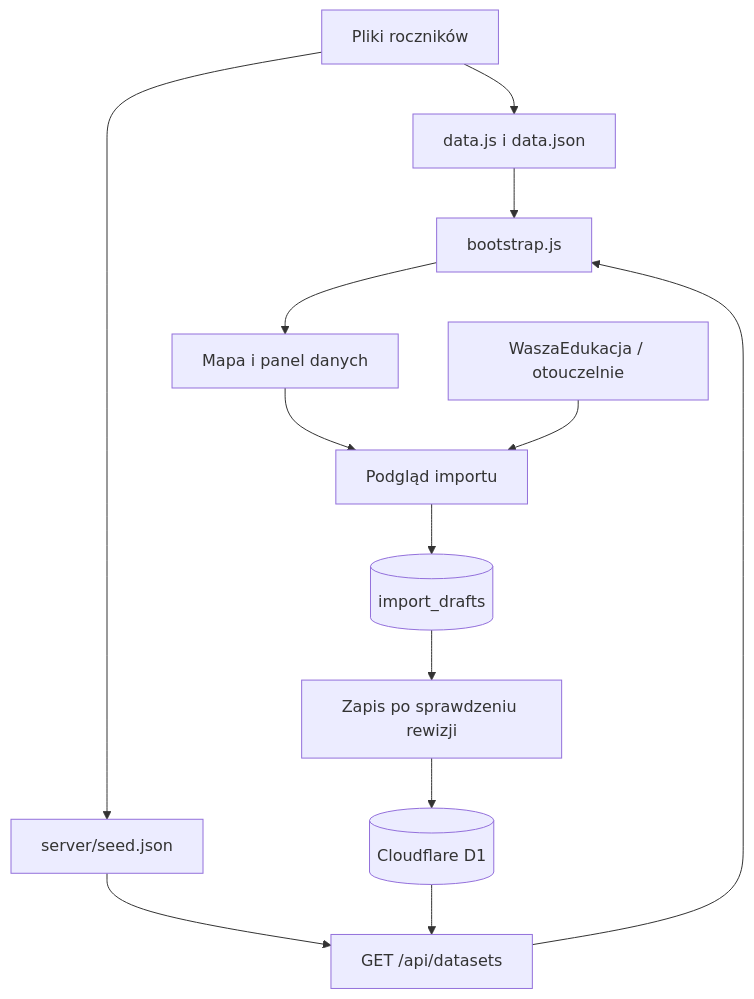
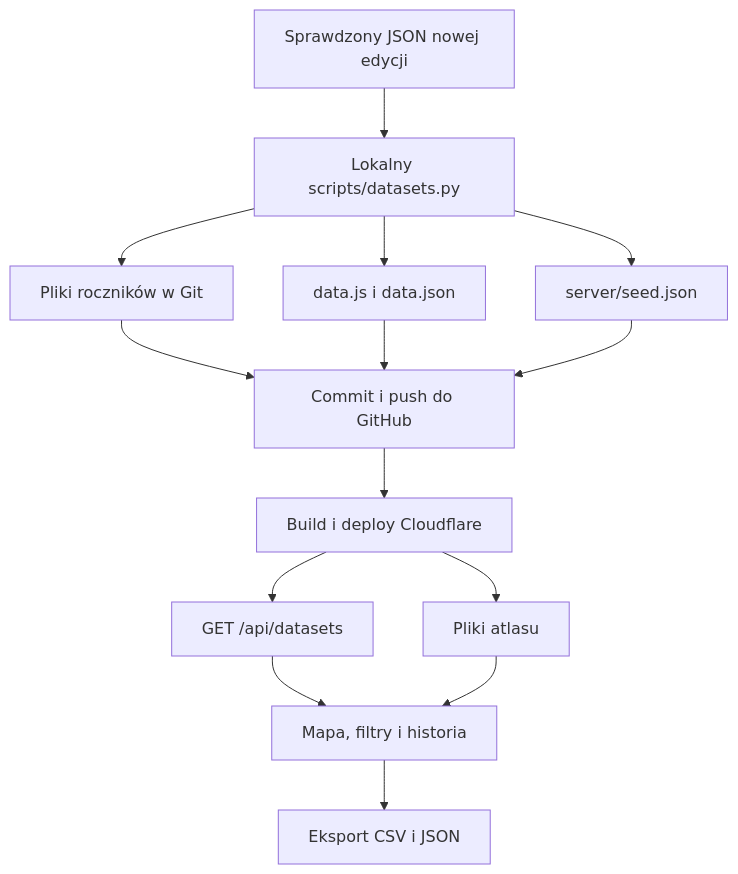
One commit to ColorSnake/atlasLiceow changed the diagram in docs/ARCHITEKTURA.md. Above: the diagram before and after it, drawn with Mermaid. The commit also changed other lines of this file and 16 other files, not shown here.

Commit message:
fix: make public atlas read-only and update datasets through Git

````diff
--- a/docs/ARCHITEKTURA.md
+++ b/docs/ARCHITEKTURA.md
@@ -7,15 +7,16 @@
 ```mermaid
 flowchart TD
-  Files[Pliki roczników] --> Bundle[data.js i data.json]
-  Files --> Seed[server/seed.json]
-  Seed --> API[GET /api/datasets]
-  DB[(Cloudflare D1)] --> API
-  API --> Bootstrap[bootstrap.js]
-  Bundle --> Bootstrap
-  Bootstrap --> UI[Mapa i panel danych]
-  UI --> Preview[Podgląd importu]
-  Publishers[WaszaEdukacja / otouczelnie] --> Preview
-  Preview --> Drafts[(import_drafts)]
-  Drafts --> Commit[Zapis po sprawdzeniu rewizji]
-  Commit --> DB
+  JSON[Sprawdzony JSON nowej edycji] --> Import[Lokalny scripts/datasets.py]
+  Import --> Files[Pliki roczników w Git]
+  Import --> Bundle[data.js i data.json]
+  Import --> Seed[server/seed.json]
+  Files --> Commit[Commit i push do GitHub]
+  Bundle --> Commit
+  Seed --> Commit
+  Commit --> Deploy[Build i deploy Cloudflare]
+  Deploy --> API[GET /api/datasets]
+  Deploy --> Static[Pliki atlasu]
+  API --> UI[Mapa, filtry i historia]
+  Static --> UI
+  UI --> Export[Eksport CSV i JSON]
 ```
````
